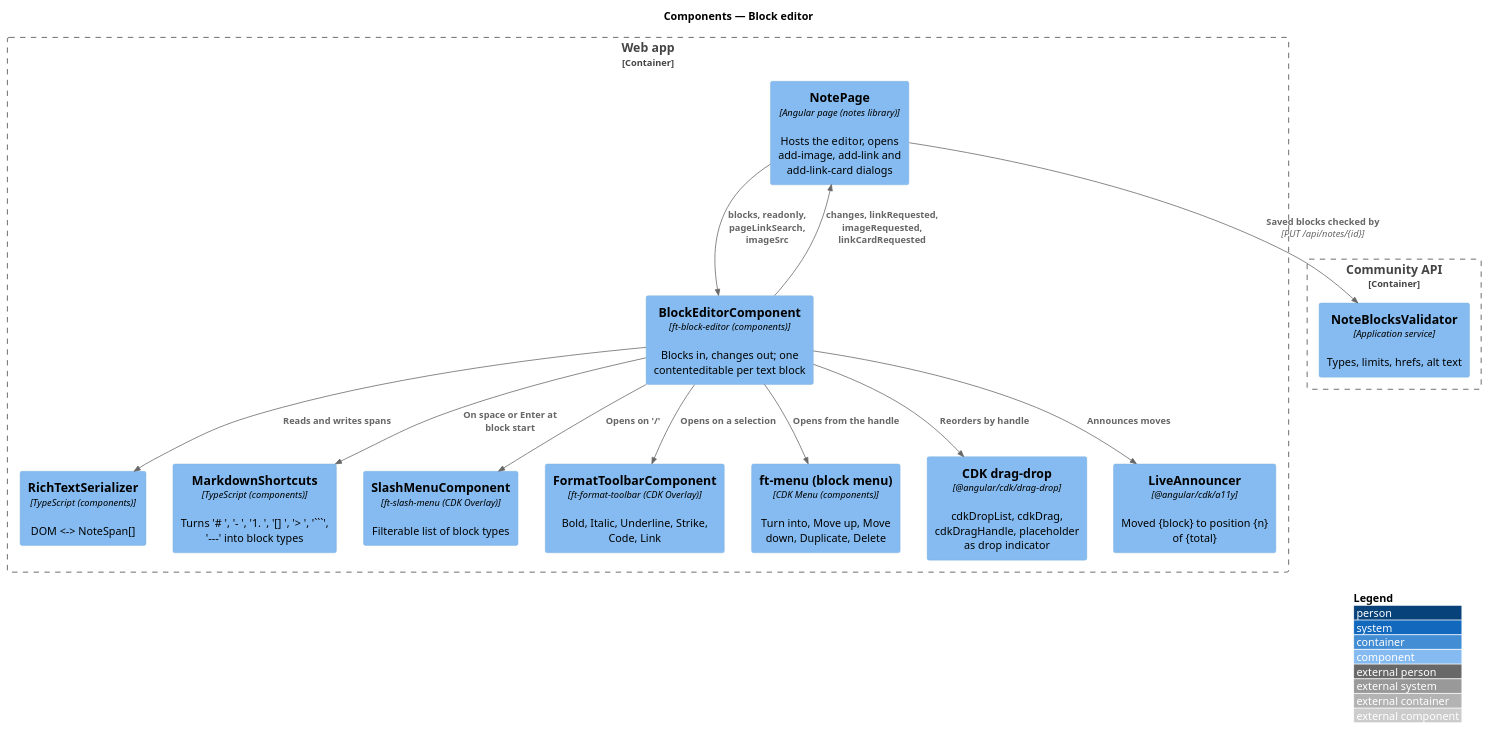
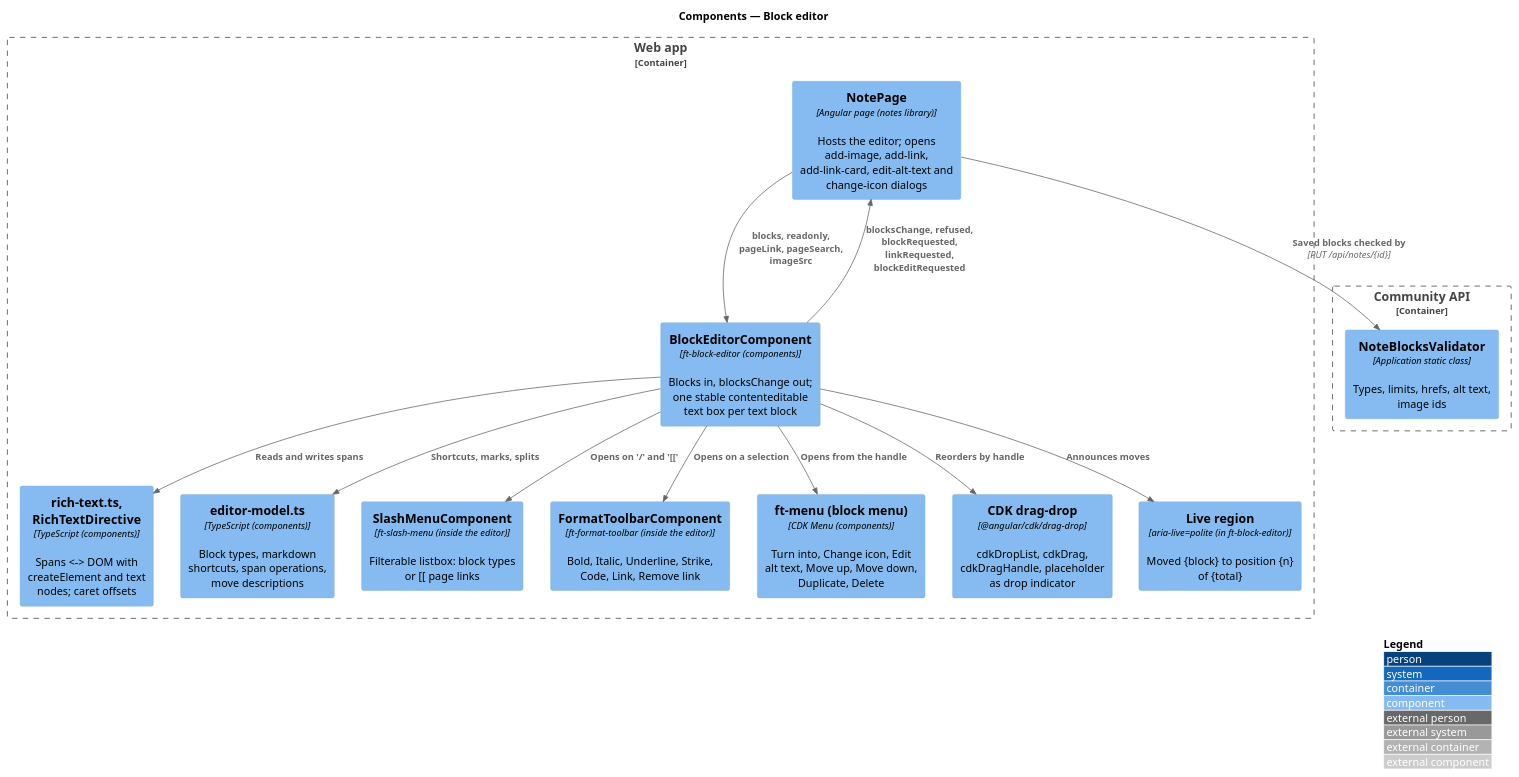
One commit to QuinntyneBrown/faithtech-community changed the diagram in docs/detailed-designs/notes/block-editor/diagrams/c4-component.puml. Above: the diagram before and after it, drawn with PlantUML. The commit also changed 230 other files, not shown here.

````diff
--- a/docs/detailed-designs/notes/block-editor/diagrams/c4-component.puml
+++ b/docs/detailed-designs/notes/block-editor/diagrams/c4-component.puml
@@ -1,29 +1,29 @@
 @startuml
 !include <C4/C4_Component>
 LAYOUT_WITH_LEGEND()
 title Components — Block editor
 Container_Boundary(web, "Web app") {
-  Component(page, "NotePage", "Angular page (notes library)", "Hosts the editor, opens add-image, add-link and add-link-card dialogs")
-  Component(ed, "BlockEditorComponent", "ft-block-editor (components)", "Blocks in, changes out; one contenteditable per text block")
-  Component(ser, "RichTextSerializer", "TypeScript (components)", "DOM <-> NoteSpan[]")
-  Component(md, "MarkdownShortcuts", "TypeScript (components)", "Turns '# ', '- ', '1. ', '[] ', '> ', '```', '---' into block types")
-  Component(slash, "SlashMenuComponent", "ft-slash-menu (CDK Overlay)", "Filterable list of block types")
-  Component(fmt, "FormatToolbarComponent", "ft-format-toolbar (CDK Overlay)", "Bold, Italic, Underline, Strike, Code, Link")
-  Component(menu, "ft-menu (block menu)", "CDK Menu (components)", "Turn into, Move up, Move down, Duplicate, Delete")
+  Component(page, "NotePage", "Angular page (notes library)", "Hosts the editor; opens add-image, add-link, add-link-card, edit-alt-text and change-icon dialogs")
+  Component(ed, "BlockEditorComponent", "ft-block-editor (components)", "Blocks in, blocksChange out; one stable contenteditable text box per text block")
+  Component(ser, "rich-text.ts, RichTextDirective", "TypeScript (components)", "Spans <-> DOM with createElement and text nodes; caret offsets")
+  Component(md, "editor-model.ts", "TypeScript (components)", "Block types, markdown shortcuts, span operations, move descriptions")
+  Component(slash, "SlashMenuComponent", "ft-slash-menu (inside the editor)", "Filterable listbox: block types or [[ page links")
+  Component(fmt, "FormatToolbarComponent", "ft-format-toolbar (inside the editor)", "Bold, Italic, Underline, Strike, Code, Link, Remove link")
+  Component(menu, "ft-menu (block menu)", "CDK Menu (components)", "Turn into, Change icon, Edit alt text, Move up, Move down, Duplicate, Delete")
   Component(dd, "CDK drag-drop", "@angular/cdk/drag-drop", "cdkDropList, cdkDrag, cdkDragHandle, placeholder as drop indicator")
-  Component(live, "LiveAnnouncer", "@angular/cdk/a11y", "Moved {block} to position {n} of {total}")
+  Component(live, "Live region", "aria-live=polite (in ft-block-editor)", "Moved {block} to position {n} of {total}")
 }
 Container_Boundary(api, "Community API") {
-  Component(val, "NoteBlocksValidator", "Application service", "Types, limits, hrefs, alt text")
+  Component(val, "NoteBlocksValidator", "Application static class", "Types, limits, hrefs, alt text, image ids")
 }
-Rel(page, ed, "blocks, readonly, pageLinkSearch, imageSrc")
-Rel(ed, page, "changes, linkRequested, imageRequested, linkCardRequested")
+Rel(page, ed, "blocks, readonly, pageLink, pageSearch, imageSrc")
+Rel(ed, page, "blocksChange, refused, blockRequested, linkRequested, blockEditRequested")
 Rel(ed, ser, "Reads and writes spans")
-Rel(ed, md, "On space or Enter at block start")
-Rel(ed, slash, "Opens on '/'")
+Rel(ed, md, "Shortcuts, marks, splits")
+Rel(ed, slash, "Opens on '/' and '[['")
 Rel(ed, fmt, "Opens on a selection")
 Rel(ed, menu, "Opens from the handle")
 Rel(ed, dd, "Reorders by handle")
 Rel(ed, live, "Announces moves")
 Rel(page, val, "Saved blocks checked by", "PUT /api/notes/{id}")
 @enduml
````
